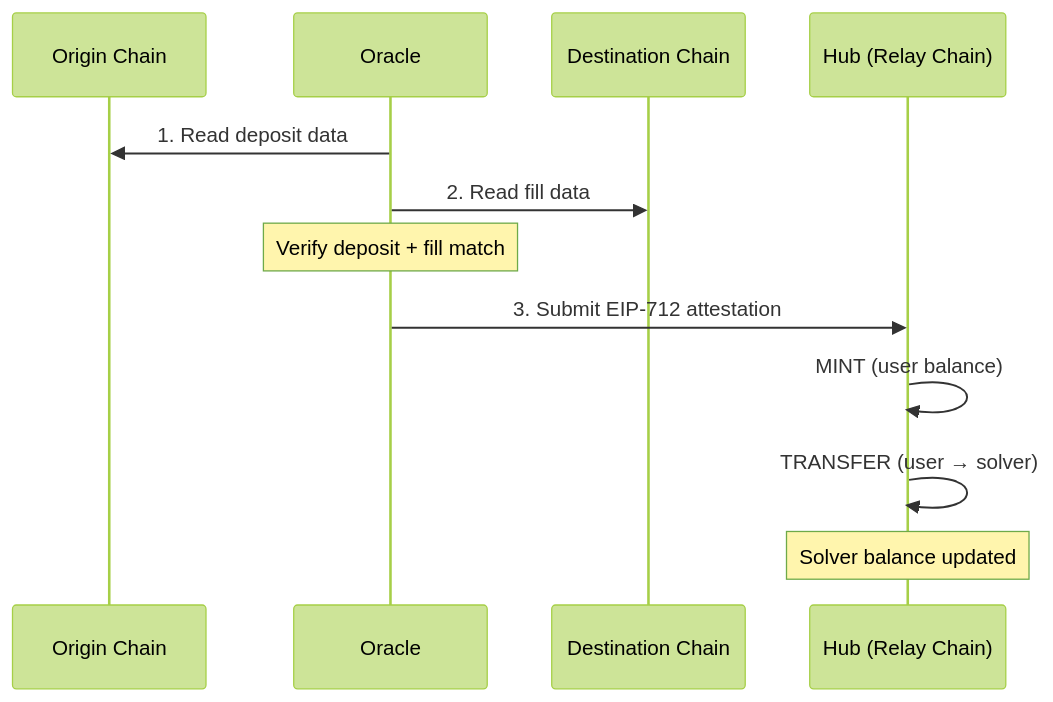
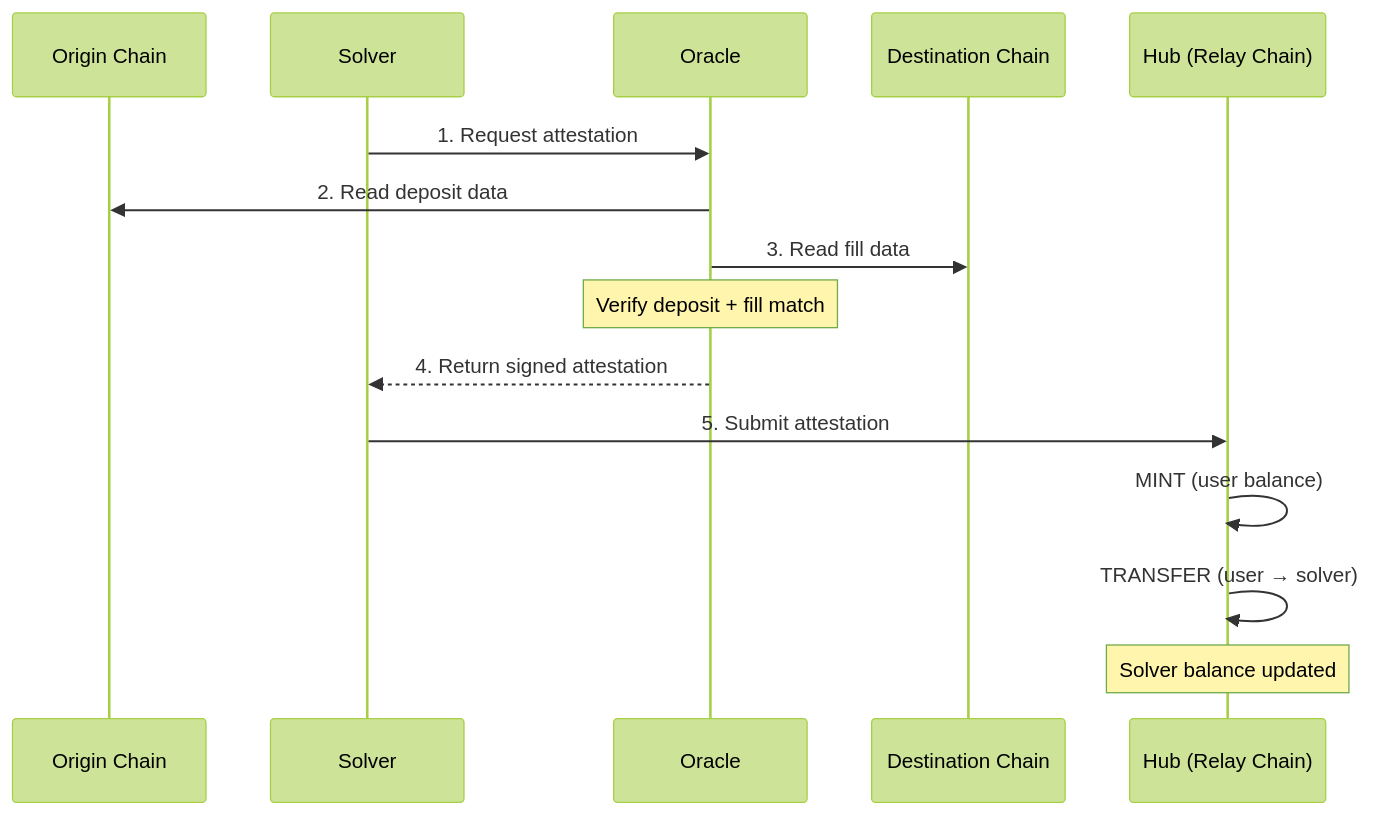
One commit to relayprotocol/relay-docs changed the third of 6 diagrams in references/protocol/how-it-works.mdx. Above: the diagram before and after it, drawn with Mermaid (forest theme). The commit also changed other lines of this file and 5 other files, not shown here.

First line of the commit message:
Rewrite protocol flows: pull-based Oracle, refund/forced exit, withdrawal updates

````diff
--- a/references/protocol/how-it-works.mdx
+++ b/references/protocol/how-it-works.mdx
@@ -84,15 +85,18 @@
 ```mermaid
 sequenceDiagram
     participant Origin as Origin Chain
+    participant Solver
     participant Oracle
     participant Dest as Destination Chain
     participant Hub as Hub (Relay Chain)
 
-    Oracle->>Origin: 1. Read deposit data
-    Oracle->>Dest: 2. Read fill data
+    Solver->>Oracle: 1. Request attestation
+    Oracle->>Origin: 2. Read deposit data
+    Oracle->>Dest: 3. Read fill data
     Note over Oracle: Verify deposit + fill match
-    Oracle->>Hub: 3. Submit EIP-712 attestation
+    Oracle-->>Solver: 4. Return signed attestation
+    Solver->>Hub: 5. Submit attestation
     Hub->>Hub: MINT (user balance)
     Hub->>Hub: TRANSFER (user → solver)
     Note over Hub: Solver balance updated
 ```
````
